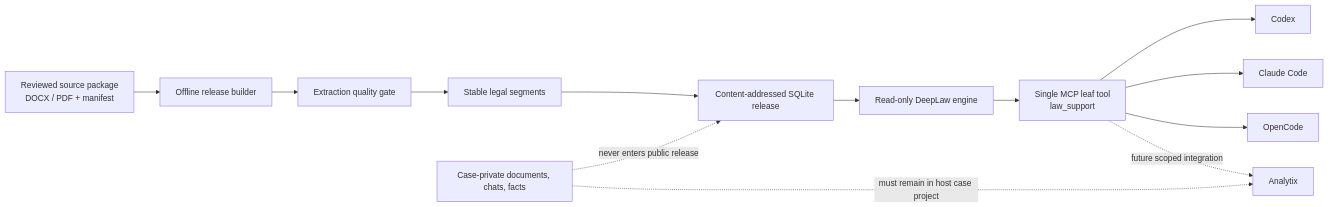
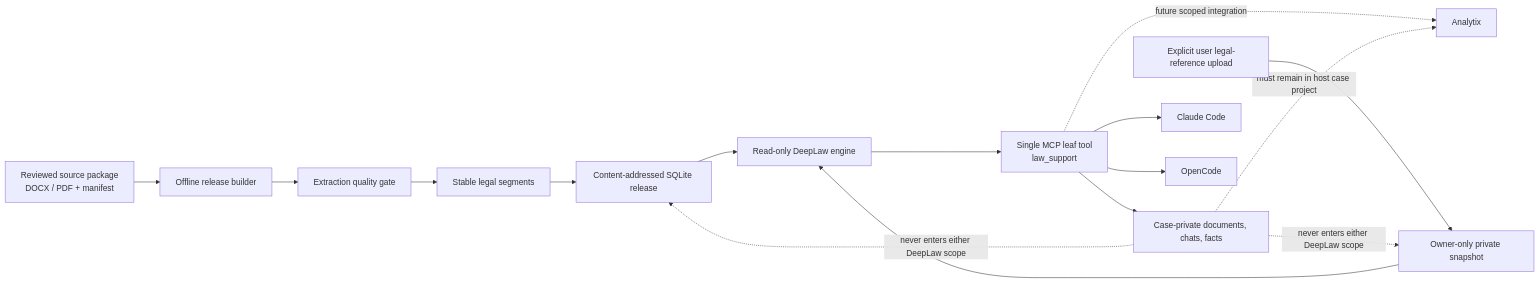
One commit to Eysn0130/DeepLaw changed the diagram in docs/ARCHITECTURE.md. Above: the diagram before and after it, drawn with Mermaid. The commit also changed other lines of this file and 34 other files, not shown here.

Commit message:
feat(library): separate official and private legal sources

````diff
--- a/docs/ARCHITECTURE.md
+++ b/docs/ARCHITECTURE.md
@@ -83,16 +91,19 @@
 ```mermaid
 flowchart LR
     S["Reviewed source package\nDOCX / PDF + manifest"] --> B["Offline release builder"]
     B --> Q["Extraction quality gate"]
     Q --> G["Stable legal segments"]
     G --> R["Content-addressed SQLite release"]
     R --> E["Read-only DeepLaw engine"]
+    U["Explicit user legal-reference upload"] --> P["Owner-only private snapshot"]
+    P --> E
     E --> M["Single MCP leaf tool\nlaw_support"]
     M --> C["Codex"]
     M --> H["Claude Code"]
     M --> O["OpenCode"]
     M -. "future scoped integration" .-> A["Analytix"]
 
-    P["Case-private documents, chats, facts"] -. "must remain in host case project" .-> A
-    P -. "never enters public release" .-> R
+    C["Case-private documents, chats, facts"] -. "must remain in host case project" .-> A
+    C -. "never enters either DeepLaw scope" .-> R
+    C -. "never enters either DeepLaw scope" .-> P
 ```
````
